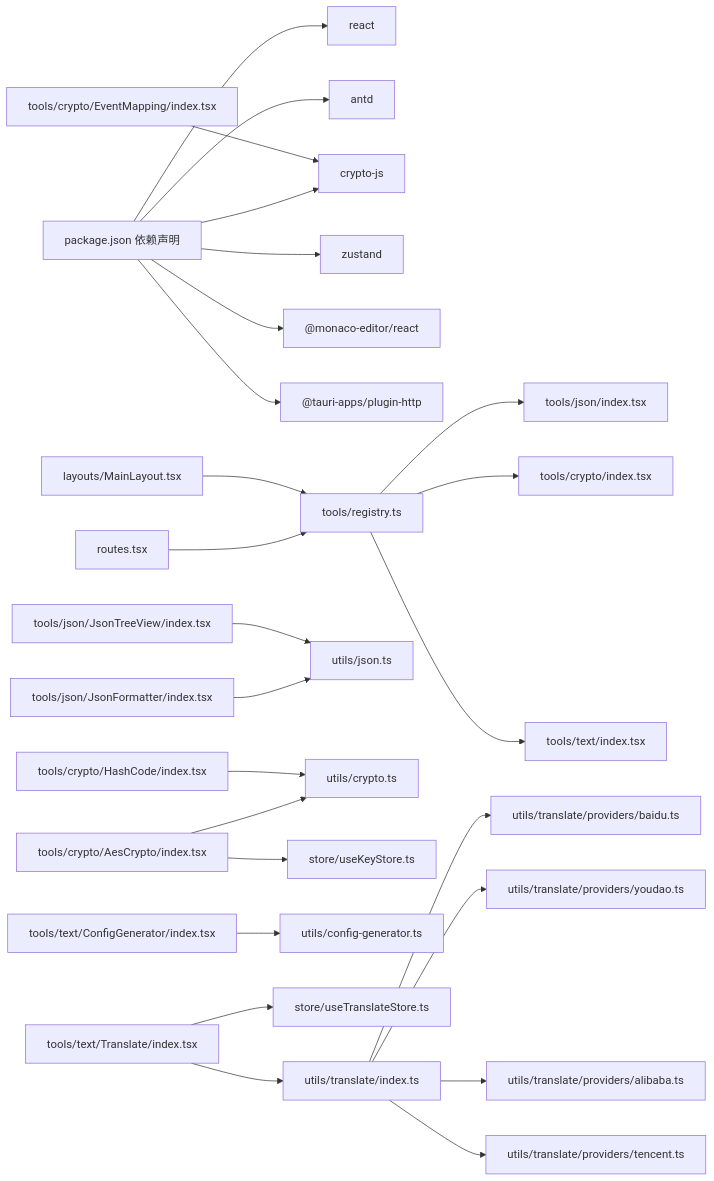
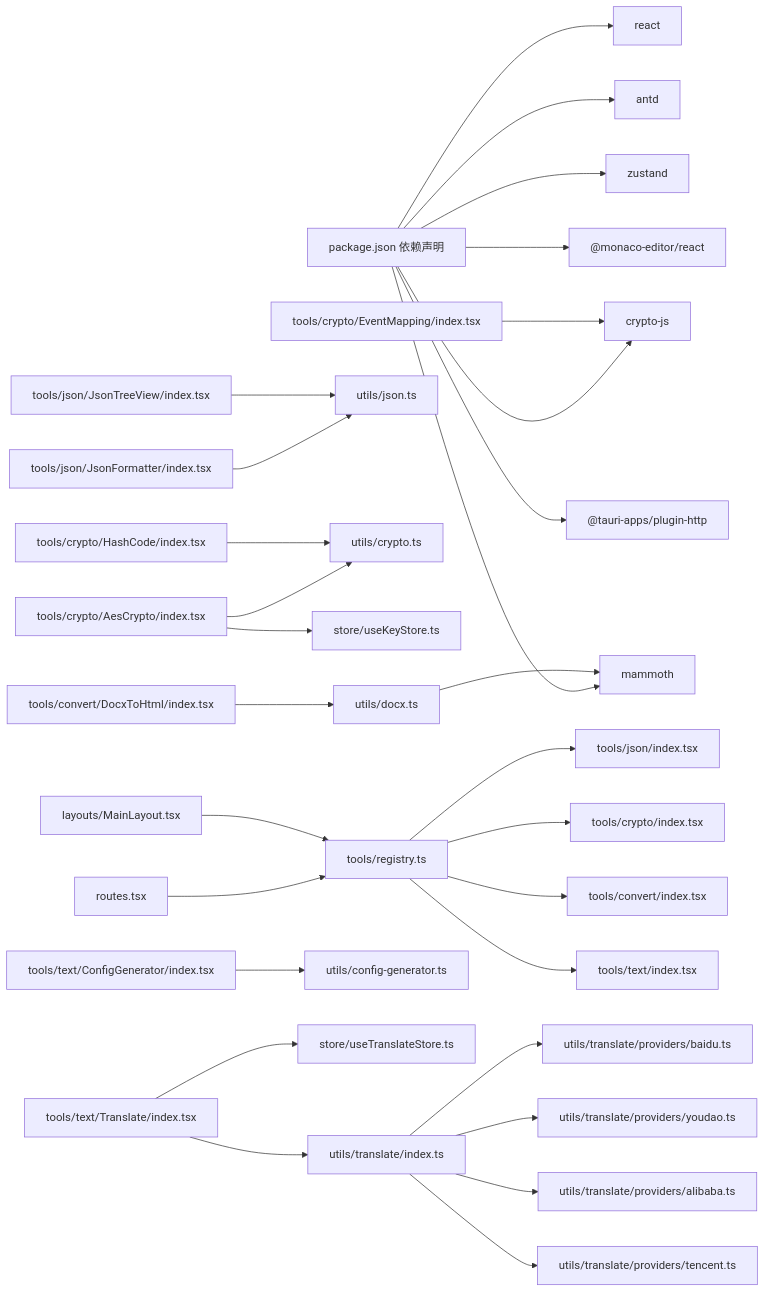
Diagram 11 of 11 in .qoder/repowiki/zh/content/工具系统/工具系统.md (xkdaq/XKUtil), drawn with Mermaid before and after one commit. The commit also changed other lines of this file and 3 other files, not shown here.

````diff
--- a/.qoder/repowiki/zh/content/工具系统/工具系统.md
+++ b/.qoder/repowiki/zh/content/工具系统/工具系统.md
@@ -479,27 +532,31 @@
 ```mermaid
 graph LR
 Package["package.json 依赖声明"] --> React["react"]
 Package --> Antd["antd"]
 Package --> CryptoJS["crypto-js"]
 Package --> Zustand["zustand"]
 Package --> Monaco["@monaco-editor/react"]
 Package --> TauriHttp["@tauri-apps/plugin-http"]
+Package --> Mammoth["mammoth"]
 Registry["tools/registry.ts"] --> JsonTools["tools/json/index.tsx"]
 Registry --> CryptoTools["tools/crypto/index.tsx"]
+Registry --> ConvertTools["tools/convert/index.tsx"]
 Registry --> TextTools["tools/text/index.tsx"]
 Routes["routes.tsx"] --> Registry
 Layout["layouts/MainLayout.tsx"] --> Registry
 JsonFormatter["tools/json/JsonFormatter/index.tsx"] --> JsonUtils["utils/json.ts"]
 JsonTreeView["tools/json/JsonTreeView/index.tsx"] --> JsonUtils
 AesCrypto["tools/crypto/AesCrypto/index.tsx"] --> CryptoUtils["utils/crypto.ts"]
 AesCrypto --> KeyStore["store/useKeyStore.ts"]
 HashCode["tools/crypto/HashCode/index.tsx"] --> CryptoUtils
 EventMapping["tools/crypto/EventMapping/index.tsx"] --> CryptoJS
+ConvertDocx["tools/convert/DocxToHtml/index.tsx"] --> DocxUtils["utils/docx.ts"]
+DocxUtils --> Mammoth
 ConfigGenerator["tools/text/ConfigGenerator/index.tsx"] --> ConfigUtils["utils/config-generator.ts"]
 Translate["tools/text/Translate/index.tsx"] --> TranslateStore["store/useTranslateStore.ts"]
 Translate --> TranslateIndex["utils/translate/index.ts"]
 TranslateIndex --> BaiduProvider["utils/translate/providers/baidu.ts"]
 TranslateIndex --> YoudaoProvider["utils/translate/providers/youdao.ts"]
 TranslateIndex --> AlibabaProvider["utils/translate/providers/alibaba.ts"]
 TranslateIndex --> TencentProvider["utils/translate/providers/tencent.ts"]
 ```
````
